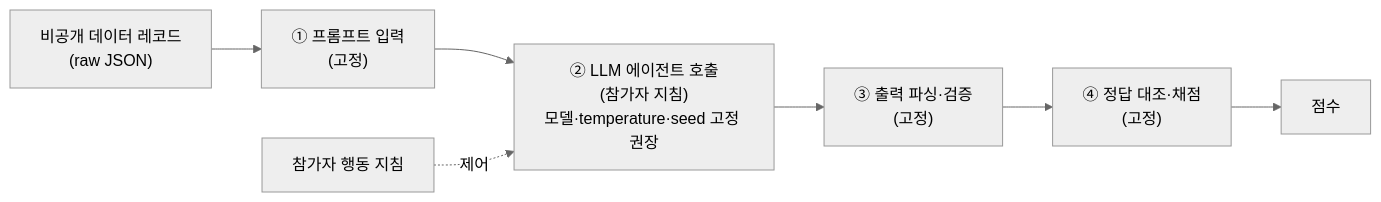
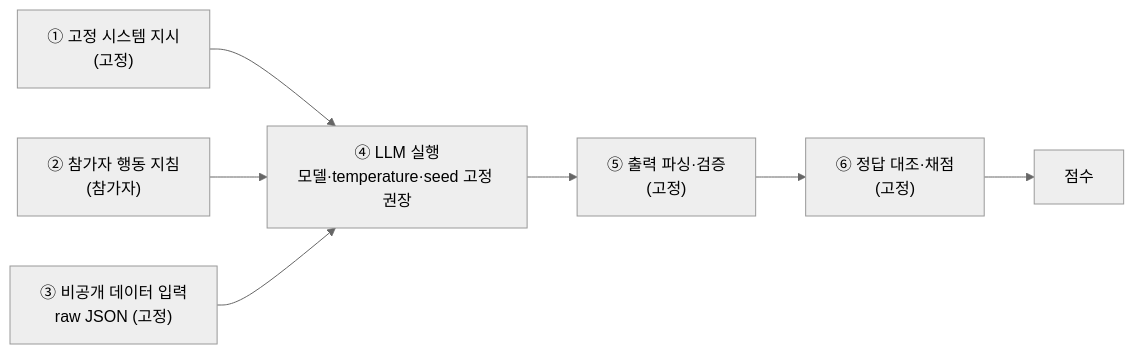
One commit to researcherhojin/rok-mnd-prompt-comp-2026 changed the first of 2 diagrams in request/competition_design_brief.md. Above: the diagram before and after it, drawn with Mermaid (neutral theme). The commit also changed other lines of this file and 6 other files, not shown here.

````diff
--- a/request/competition_design_brief.md
+++ b/request/competition_design_brief.md
@@ -112,9 +114,9 @@
 ```mermaid
 flowchart LR
-    IN["비공개 데이터 레코드<br/>(raw JSON)"] --> S1["① 프롬프트 입력<br/>(고정)"]
-    S1 --> S2["② LLM 에이전트 호출<br/>(참가자 지침)<br/>모델·temperature·seed 고정 권장"]
-    S2 --> S3["③ 출력 파싱·검증<br/>(고정)"]
-    S3 --> S4["④ 정답 대조·채점<br/>(고정)"]
-    S4 --> OUT["점수"]
-    INS["참가자 행동 지침"] -. 제어 .-> S2
+    SYS["① 고정 시스템 지시<br/>(고정)"] --> RUN
+    INS["② 참가자 행동 지침<br/>(참가자)"] --> RUN
+    DATA["③ 비공개 데이터 입력<br/>raw JSON (고정)"] --> RUN
+    RUN["④ LLM 실행<br/>모델·temperature·seed 고정 권장"] --> S5["⑤ 출력 파싱·검증<br/>(고정)"]
+    S5 --> S6["⑥ 정답 대조·채점<br/>(고정)"]
+    S6 --> OUT["점수"]
 ```
````
